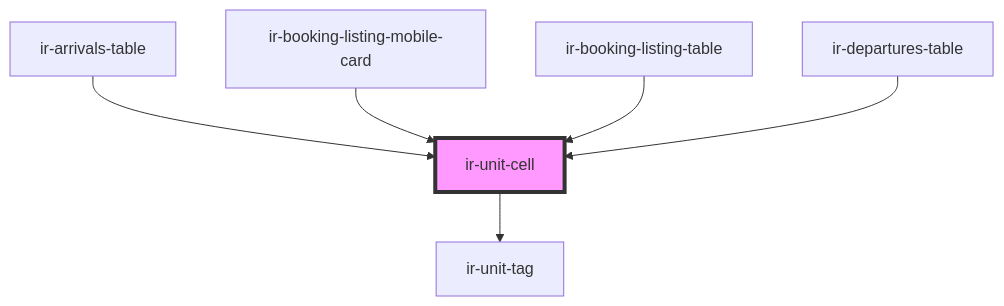
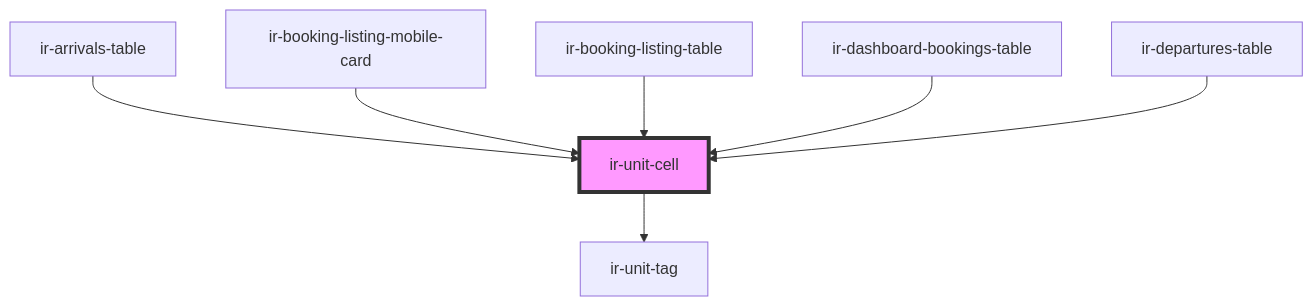
Before and after one commit to RonyRizk/ir-webcmp: the diagram in src/components/table-cells/booking/ir-unit-cell/readme.md, drawn with Mermaid. The commit also changed other lines of this file and 76 other files, not shown here.

````diff
--- a/src/components/table-cells/booking/ir-unit-cell/readme.md
+++ b/src/components/table-cells/booking/ir-unit-cell/readme.md
@@ -30,9 +31,10 @@
 ```mermaid
 graph TD;
   ir-unit-cell --> ir-unit-tag
   ir-arrivals-table --> ir-unit-cell
   ir-booking-listing-mobile-card --> ir-unit-cell
   ir-booking-listing-table --> ir-unit-cell
+  ir-dashboard-bookings-table --> ir-unit-cell
   ir-departures-table --> ir-unit-cell
   style ir-unit-cell fill:#f9f,stroke:#333,stroke-width:4px
 ```
````
